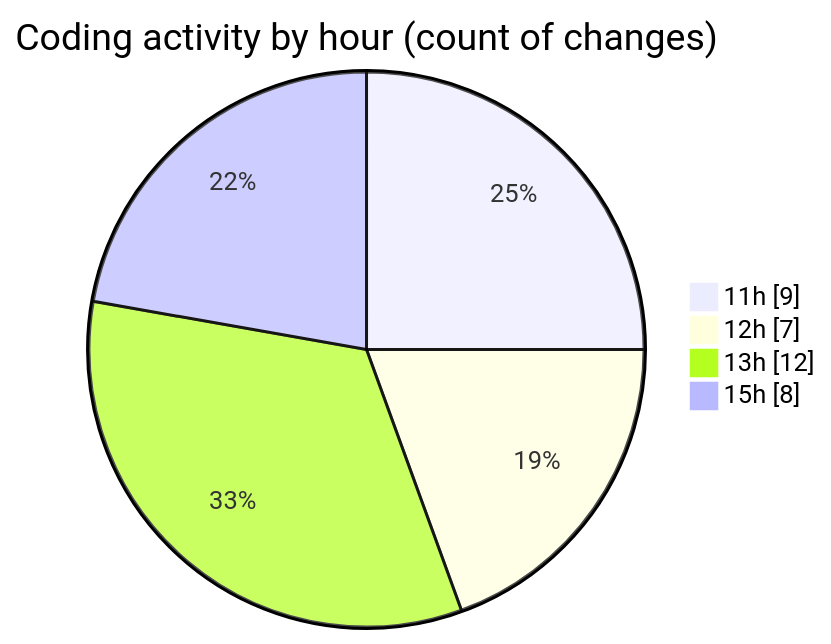
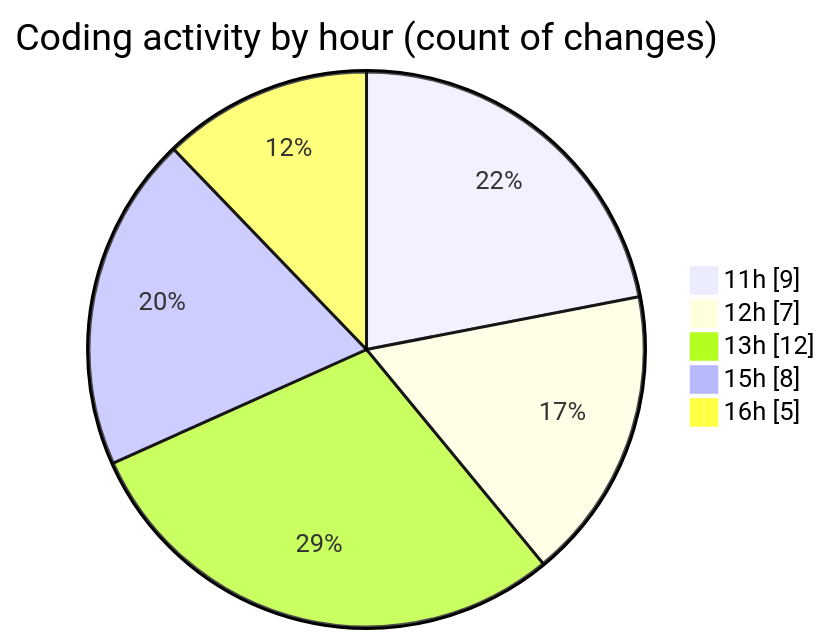
One commit to EIIisD/code-tracking changed the second of 2 diagrams in 2025-08-07/ribbon/README.md. Above: the diagram before and after it, drawn with Mermaid. The commit also changed other lines of this file and 1 other file, not shown here.

````diff
--- a/2025-08-07/ribbon/README.md
+++ b/2025-08-07/ribbon/README.md
@@ -43,8 +44,9 @@
 ```mermaid
 pie showData
 title Coding activity by hour (count of changes)
 "11h" : 9
 "12h" : 7
 "13h" : 12
 "15h" : 8
+"16h" : 5
 ```
````
